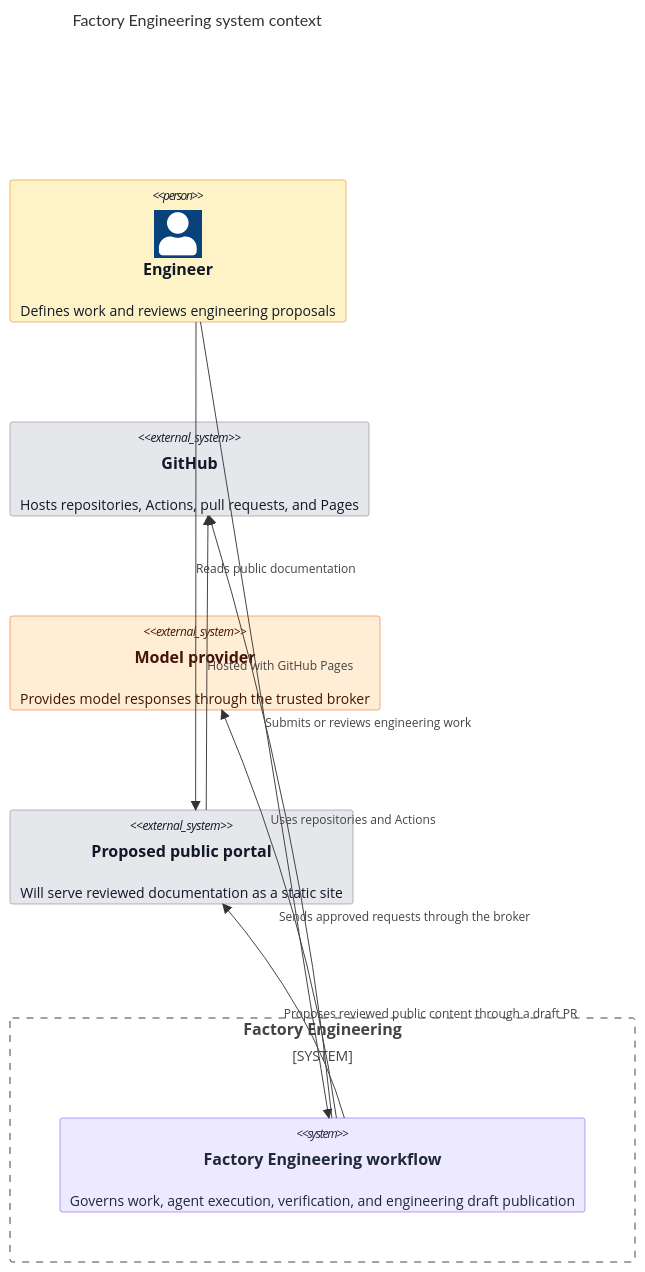
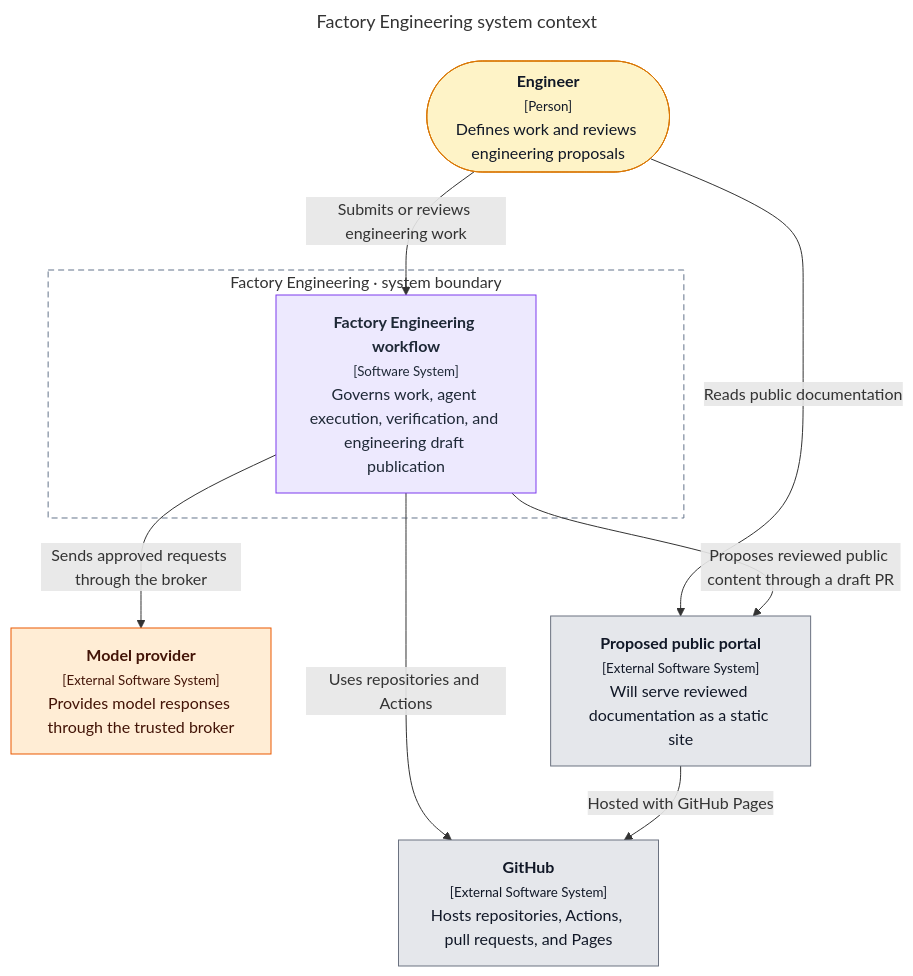
The first of 3 diagrams in docs/architecture/c4.md (mikara89/factory-engineering-portal), drawn with Mermaid before and after one commit. The commit also changed other lines of this file and 1 other file, not shown here.

Commit message:
docs: render C4 views as Mermaid flowcharts

````diff
--- a/docs/architecture/c4.md
+++ b/docs/architecture/c4.md
@@ -9,24 +16,33 @@
 ```mermaid
-C4Context
-    title Factory Engineering system context
-    Person(engineer, "Engineer", "Defines work and reviews engineering proposals")
-    System_Boundary(factory, "Factory Engineering") {
-        System(product, "Factory Engineering workflow", "Governs work, agent execution, verification, and engineering draft publication")
-    }
-    System_Ext(github, "GitHub", "Hosts repositories, Actions, pull requests, and Pages")
-    System_Ext(model, "Model provider", "Provides model responses through the trusted broker")
-    System_Ext(portal, "Proposed public portal", "Will serve reviewed documentation as a static site")
+---
+title: Factory Engineering system context
+---
+flowchart TB
+    engineer(["<b>Engineer</b><br/><small>[Person]</small><br/>Defines work and reviews engineering proposals"])
 
-    Rel(engineer, product, "Submits or reviews engineering work")
-    Rel(product, github, "Uses repositories and Actions")
-    Rel(product, model, "Sends approved requests through the broker")
-    Rel(engineer, portal, "Reads public documentation")
-    Rel(product, portal, "Proposes reviewed public content through a draft PR")
-    Rel(portal, github, "Hosted with GitHub Pages")
+    subgraph factory["Factory Engineering · system boundary"]
+        product["<b>Factory Engineering workflow</b><br/><small>[Software System]</small><br/>Governs work, agent execution, verification, and engineering draft publication"]
+    end
 
-    UpdateElementStyle(engineer, "#fef3c7", "#111827", "#d97706")
-    UpdateElementStyle(product, "#ede9fe", "#1f2937", "#7c3aed")
-    UpdateElementStyle(github, "#e5e7eb", "#111827", "#6b7280")
-    UpdateElementStyle(portal, "#e5e7eb", "#111827", "#6b7280")
-    UpdateElementStyle(model, "#ffedd5", "#431407", "#ea5800")
+    model["<b>Model provider</b><br/><small>[External Software System]</small><br/>Provides model responses through the trusted broker"]
+    portal["<b>Proposed public portal</b><br/><small>[External Software System]</small><br/>Will serve reviewed documentation as a static site"]
+    github["<b>GitHub</b><br/><small>[External Software System]</small><br/>Hosts repositories, Actions, pull requests, and Pages"]
+
+    engineer -->|"Submits or reviews engineering work"| product
+    engineer -->|"Reads public documentation"| portal
+    product -->|"Sends approved requests through the broker"| model
+    product -->|"Proposes reviewed public content through a draft PR"| portal
+    product -->|"Uses repositories and Actions"| github
+    portal -->|"Hosted with GitHub Pages"| github
+
+    classDef person fill:#fef3c7,stroke:#d97706,color:#111827;
+    classDef control fill:#ede9fe,stroke:#7c3aed,color:#1f2937;
+    classDef agent fill:#ffedd5,stroke:#ea5800,color:#431407;
+    classDef infra fill:#e5e7eb,stroke:#6b7280,color:#111827;
+
+    class engineer person;
+    class product control;
+    class model agent;
+    class github,portal infra;
+    style factory fill:transparent,stroke:#64748b,stroke-dasharray:6 4;
 ```
````
